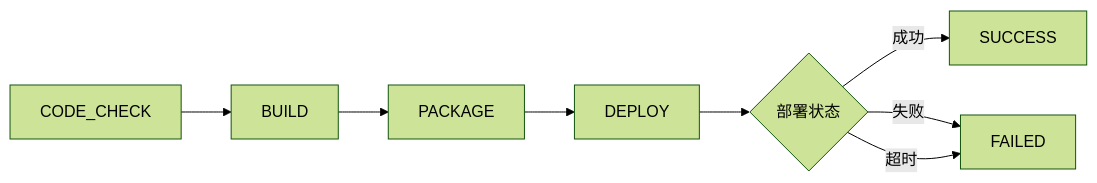
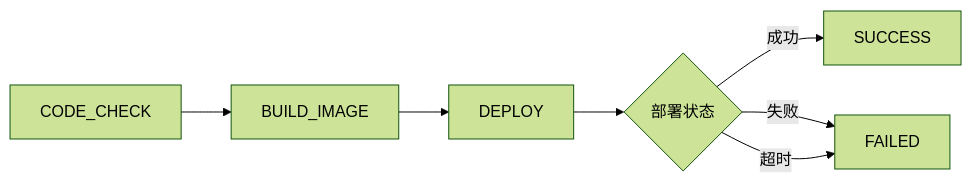
One commit to qdw497874677/high-code-doc changed the sixth of 8 diagrams in docs/plans/procode-platform/hld/hld.md. Above: the diagram before and after it, drawn with Mermaid (forest theme). The commit also changed other lines of this file, not shown here.

````diff
--- a/docs/plans/procode-platform/hld/hld.md
+++ b/docs/plans/procode-platform/hld/hld.md
@@ -276,10 +278,9 @@
 ```mermaid
 flowchart LR
-    A[CODE_CHECK] --> B[BUILD]
-    B --> C[PACKAGE]
-    C --> D[DEPLOY]
-    D --> E{部署状态}
-    E -->|成功| F[SUCCESS]
-    E -->|失败| G[FAILED]
-    E -->|超时| G
+    A[CODE_CHECK] --> B[BUILD_IMAGE]
+    B --> C[DEPLOY]
+    C --> D{部署状态}
+    D -->|成功| E[SUCCESS]
+    D -->|失败| F[FAILED]
+    D -->|超时| F
 ```
````
